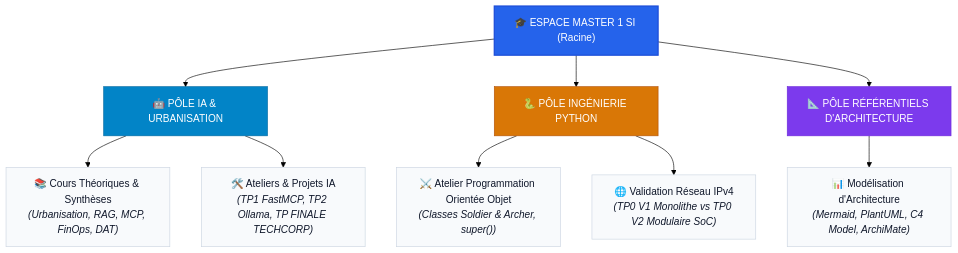
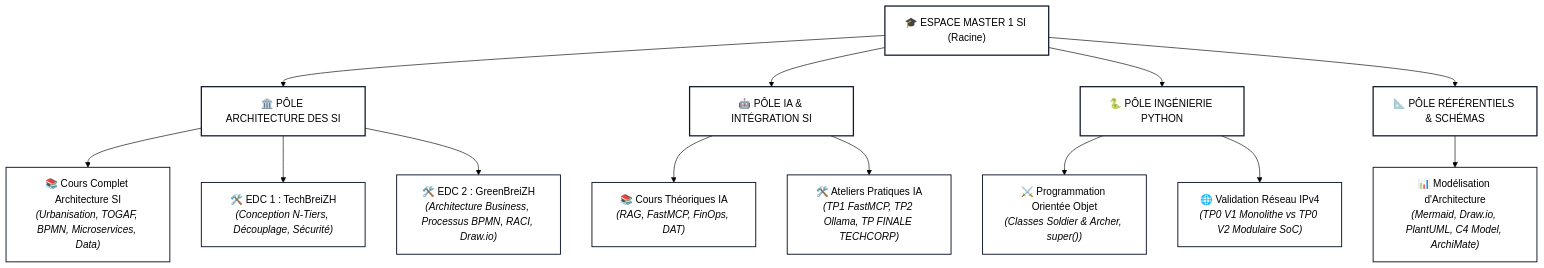
Before and after one commit to spirit0621/Master-1-SI: the diagram in README.md, drawn with Mermaid (forest theme). The commit also changed other lines of this file, not shown here.

Commit message:
cours Architect SI V2

````diff
--- a/README.md
+++ b/README.md
@@ -47,28 +50,28 @@
 ```mermaid
 flowchart TD
     A["🎓 ESPACE MASTER 1 SI (Racine)"]
-    
-    A --> B["🤖 PÔLE IA & URBANISATION"]
-    A --> C["🐍 PÔLE INGÉNIERIE PYTHON"]
-    A --> D["📐 PÔLE RÉFÉRENTIELS D'ARCHITECTURE"]
+  
+    A --> B["🏛️ PÔLE ARCHITECTURE DES SI"]
+    A --> C["🤖 PÔLE IA & INTÉGRATION SI"]
+    A --> D["🐍 PÔLE INGÉNIERIE PYTHON"]
+    A --> E["📐 PÔLE RÉFÉRENTIELS & SCHÉMAS"]
 
-    B --> B1["📚 Cours Théoriques & Synthèses<br><i>(Urbanisation, RAG, MCP, FinOps, DAT)</i>"]
-    B --> B2["🛠️ Ateliers & Projets IA<br><i>(TP1 FastMCP, TP2 Ollama, TP FINALE TECHCORP)</i>"]
+    B --> B1["📚 Cours Complet Architecture SI<br><i>(Urbanisation, TOGAF, BPMN, Microservices, Data)</i>"]
+    B --> B2["🛠️ EDC 1 : TechBreiZH<br><i>(Conception N-Tiers, Découplage, Sécurité)</i>"]
+    B --> B3["🛠️ EDC 2 : GreenBreiZH<br><i>(Architecture Business, Processus BPMN, RACI, Draw.io)</i>"]
 
-    C --> C1["⚔️ Atelier Programmation Orientée Objet<br><i>(Classes Soldier & Archer, super())</i>"]
-    C --> C2["🌐 Validation Réseau IPv4<br><i>(TP0 V1 Monolithe vs TP0 V2 Modulaire SoC)</i>"]
+    C --> C1["📚 Cours Théoriques IA<br><i>(RAG, FastMCP, FinOps, DAT)</i>"]
+    C --> C2["🛠️ Ateliers Pratiques IA<br><i>(TP1 FastMCP, TP2 Ollama, TP FINALE TECHCORP)</i>"]
 
-    D --> D1["📊 Modélisation d'Architecture<br><i>(Mermaid, PlantUML, C4 Model, ArchiMate)</i>"]
+    D --> D1["⚔️ Programmation Orientée Objet<br><i>(Classes Soldier & Archer, super())</i>"]
+    D --> D2["🌐 Validation Réseau IPv4<br><i>(TP0 V1 Monolithe vs TP0 V2 Modulaire SoC)</i>"]
 
-    classDef rootStyle fill:#2563eb,stroke:#1d4ed8,stroke-width:2px,color:#ffffff;
-    classDef iaStyle fill:#0284c7,stroke:#0369a1,stroke-width:1px,color:#ffffff;
-    classDef pyStyle fill:#d97706,stroke:#b45309,stroke-width:1px,color:#ffffff;
-    classDef docStyle fill:#7c3aed,stroke:#6d28d9,stroke-width:1px,color:#ffffff;
-    classDef subStyle fill:#f8fafc,stroke:#cbd5e1,stroke-width:1px,color:#0f172a;
+    E --> E1["📊 Modélisation d'Architecture<br><i>(Mermaid, Draw.io, PlantUML, C4 Model, ArchiMate)</i>"]
 
-    class A rootStyle;
-    class B iaStyle;
-    class C pyStyle;
-    class D docStyle;
-    class B1,B2,C1,C2,D1 subStyle;
+    classDef default fill:#ffffff,stroke:#0f172a,stroke-width:1.5px,color:#000000;
+    style A fill:#ffffff,stroke:#0f172a,stroke-width:2px,color:#000000
+    style B fill:#ffffff,stroke:#0f172a,stroke-width:2px,color:#000000
+    style C fill:#ffffff,stroke:#0f172a,stroke-width:2px,color:#000000
+    style D fill:#ffffff,stroke:#0f172a,stroke-width:2px,color:#000000
+    style E fill:#ffffff,stroke:#0f172a,stroke-width:2px,color:#000000
 ```
````
